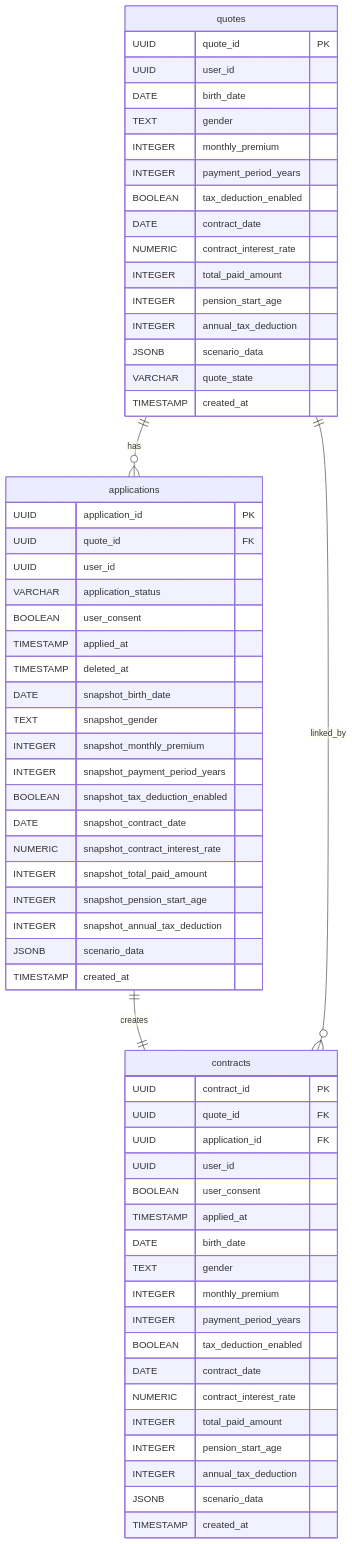
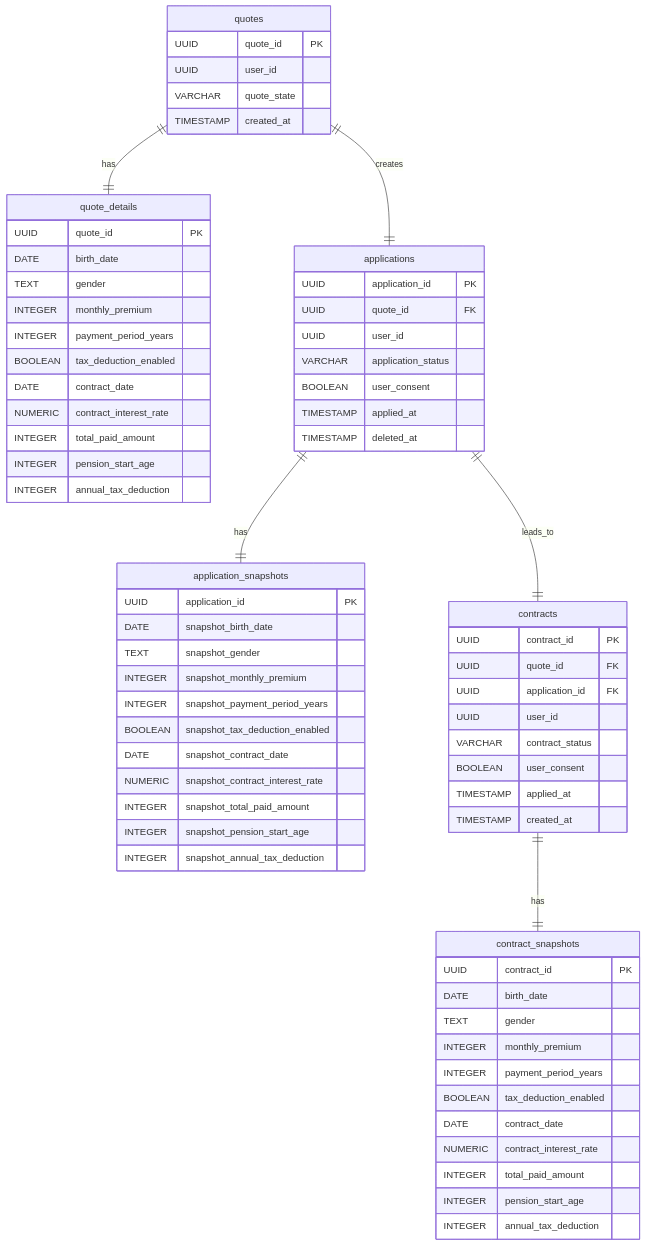
One commit to Yumapon/microservice_app changed the first of 2 diagrams in db/README.md. Above: the diagram before and after it, drawn with Mermaid. The commit also changed other lines of this file and 35 other files, not shown here.

````diff
--- a/db/README.md
+++ b/db/README.md
@@ -5,68 +5,82 @@
 ```mermaid
 erDiagram
 
 quotes {
     UUID quote_id PK
     UUID user_id
+    VARCHAR quote_state
+    TIMESTAMP created_at
+}
+
+quote_details {
+    UUID quote_id PK
     DATE birth_date
     TEXT gender
     INTEGER monthly_premium
     INTEGER payment_period_years
     BOOLEAN tax_deduction_enabled
     DATE contract_date
     NUMERIC contract_interest_rate
     INTEGER total_paid_amount
     INTEGER pension_start_age
     INTEGER annual_tax_deduction
-    JSONB scenario_data
-    VARCHAR quote_state
-    TIMESTAMP created_at
 }
 
 applications {
     UUID application_id PK
     UUID quote_id FK
     UUID user_id
     VARCHAR application_status
     BOOLEAN user_consent
     TIMESTAMP applied_at
     TIMESTAMP deleted_at
+}
+
+application_snapshots {
+    UUID application_id PK
     DATE snapshot_birth_date
     TEXT snapshot_gender
     INTEGER snapshot_monthly_premium
     INTEGER snapshot_payment_period_years
     BOOLEAN snapshot_tax_deduction_enabled
     DATE snapshot_contract_date
     NUMERIC snapshot_contract_interest_rate
     INTEGER snapshot_total_paid_amount
     INTEGER snapshot_pension_start_age
     INTEGER snapshot_annual_tax_deduction
-    JSONB scenario_data
-    TIMESTAMP created_at
 }
 
 contracts {
     UUID contract_id PK
     UUID quote_id FK
     UUID application_id FK
     UUID user_id
+    VARCHAR contract_status
     BOOLEAN user_consent
     TIMESTAMP applied_at
+    TIMESTAMP created_at
+}
+
+contract_snapshots {
+    UUID contract_id PK
     DATE birth_date
     TEXT gender
     INTEGER monthly_premium
     INTEGER payment_period_years
     BOOLEAN tax_deduction_enabled
     DATE contract_date
     NUMERIC contract_interest_rate
     INTEGER total_paid_amount
     INTEGER pension_start_age
     INTEGER annual_tax_deduction
-    JSONB scenario_data
-    TIMESTAMP created_at
 }
 
-quotes ||--o{ applications : has
-applications ||--|| contracts : creates
-quotes ||--o{ contracts : linked_by
+quotes ||--|| quote_details : has
+quotes ||--|| applications : creates
+
+applications ||--|| application_snapshots : has
+applications ||--|| contracts : leads_to
+
+contracts ||--|| contract_snapshots : has
+
 ```
````
